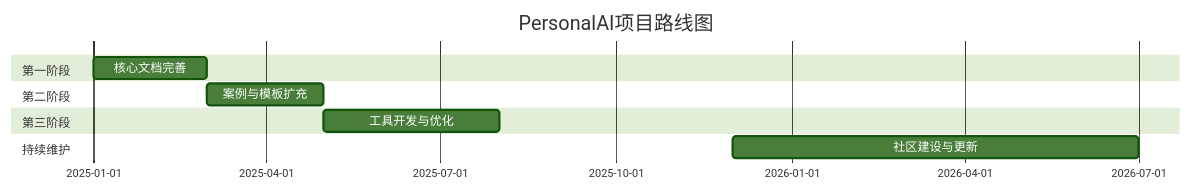
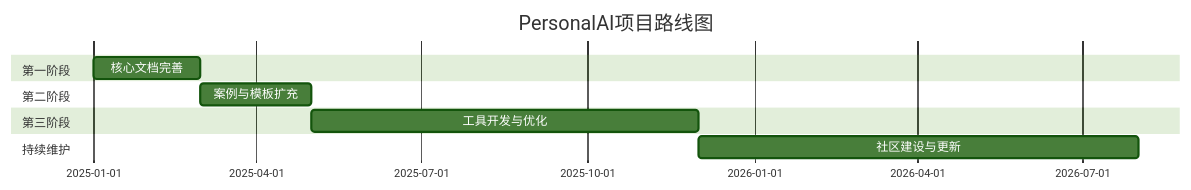
One commit to turtacn/PersonalAI changed the diagram in README.md. Above: the diagram before and after it, drawn with Mermaid (forest theme). The commit also changed other lines of this file, not shown here.

Commit message:
init personalai

````diff
--- a/README.md
+++ b/README.md
@@ -106,13 +106,13 @@
 ```mermaid
 gantt
     title PersonalAI项目路线图
     dateFormat  YYYY-MM
     section 第一阶段
     核心文档完善     :2025-01, 2M
     section 第二阶段
     案例与模板扩充    :2025-03, 2M
     section 第三阶段
-    工具开发与优化    :2025-05, 3M
+    工具开发与优化    :2025-05, 7M
     section 持续维护
-    社区建设与更新    :2025-12, 7M
+    社区建设与更新    :2025-12, 8M
 ```
````
